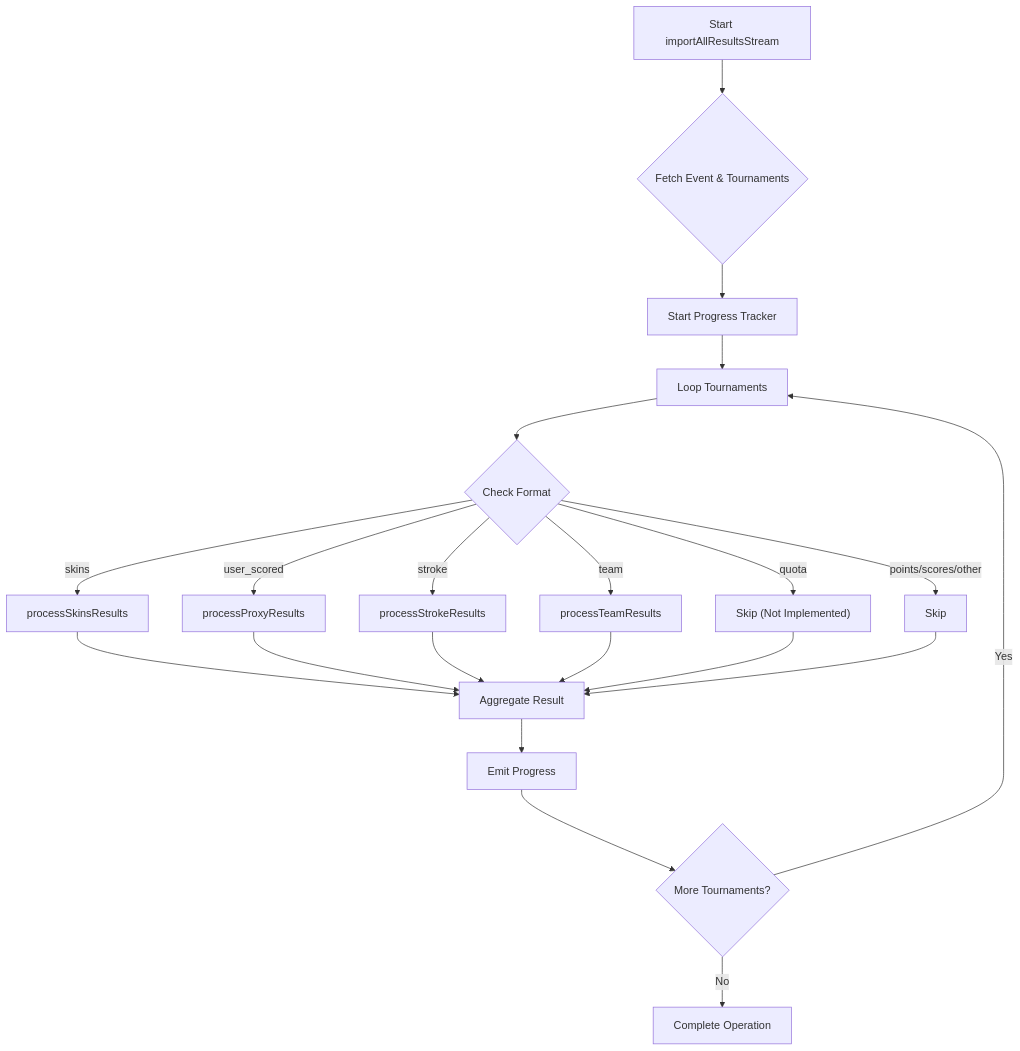
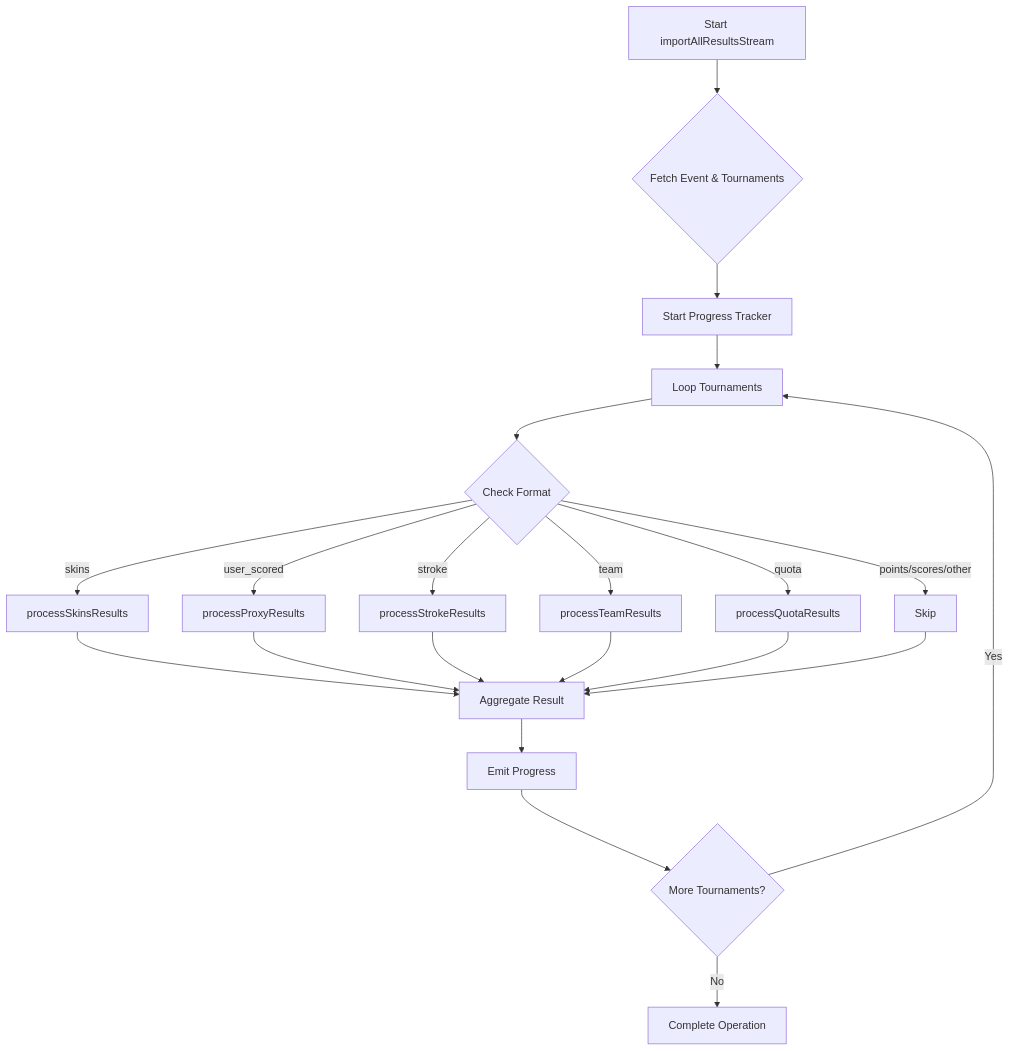
The diagram in apps/api/src/golfgenius/services/import-all-results.md (finleysg/bhmc-admin), drawn with Mermaid before and after one commit. The commit also changed other lines of this file and 2 other files, not shown here.

First line of the commit message:
fix: reconcile quota tournament documentation inconsistency

````diff
--- a/apps/api/src/golfgenius/services/import-all-results.md
+++ b/apps/api/src/golfgenius/services/import-all-results.md
@@ -3,26 +3,26 @@
 ```mermaid
 flowchart TD
     A["Start importAllResultsStream"] --> B{"Fetch Event & Tournaments"}
     B --> C["Start Progress Tracker"]
     C --> D["Loop Tournaments"]
     D --> E{"Check Format"}
 
     E -- "skins" --> F["processSkinsResults"]
     E -- "user_scored" --> G["processProxyResults"]
     E -- "stroke" --> H["processStrokeResults"]
     E -- "team" --> I["processTeamResults"]
-    E -- "quota" --> J["Skip (Not Implemented)"]
+    E -- "quota" --> J["processQuotaResults"]
     E -- "points/scores/other" --> K["Skip"]
 
     F --> L["Aggregate Result"]
     G --> L
     H --> L
     I --> L
     J --> L
     K --> L
 
     L --> M["Emit Progress"]
     M --> N{"More Tournaments?"}
     N -- "Yes" --> D
     N -- "No" --> O["Complete Operation"]
 ```
````
